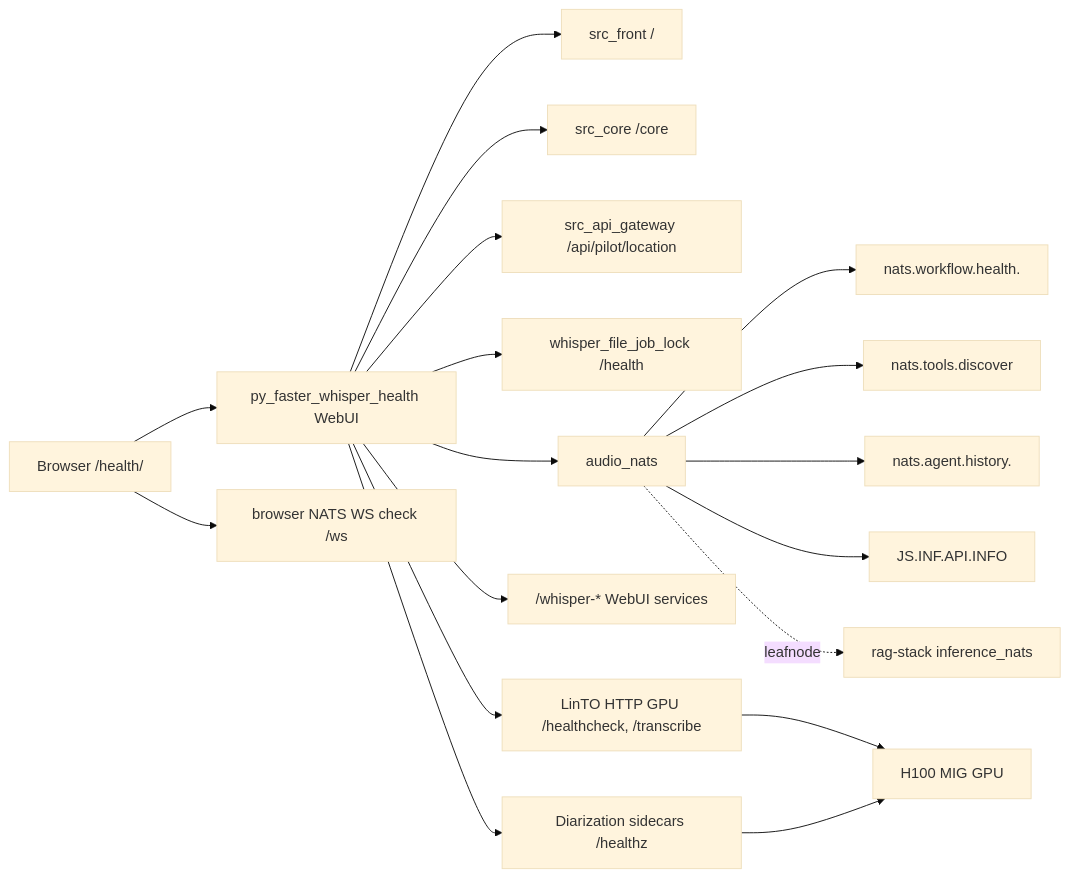
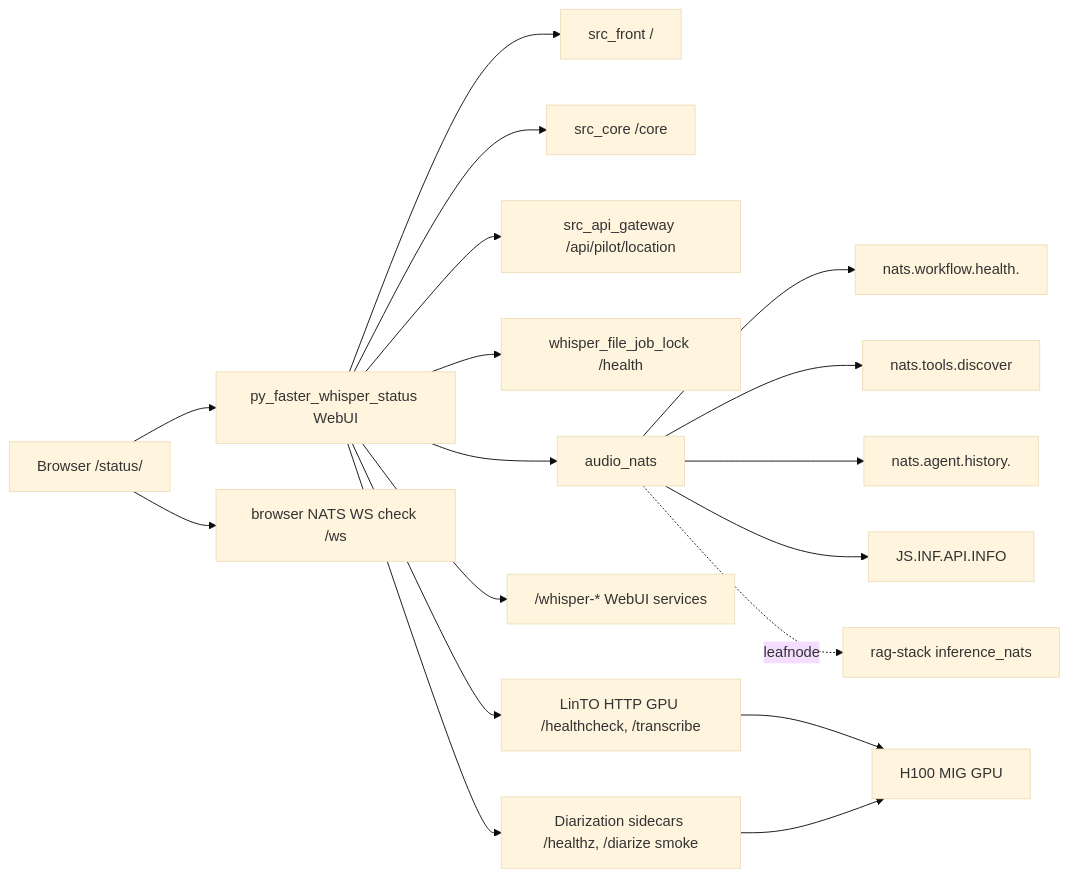
Before and after one commit to komaroffsergei/webrtc-komaroff: the first of 5 diagrams in DOCS/DIAGNOSTICS.md, drawn with Mermaid (base theme). The commit also changed other lines of this file and 6 other files, not shown here.

Commit message:
Route status diagnostics through whisper service

````diff
--- a/DOCS/DIAGNOSTICS.md
+++ b/DOCS/DIAGNOSTICS.md
@@ -61,24 +62,24 @@
 ```mermaid
 flowchart LR
-    Browser["Browser /health/"] --> HealthWeb["py_faster_whisper_health WebUI"]
+    Browser["Browser /status/"] --> HealthWeb["py_faster_whisper_status WebUI"]
     Browser --> BrowserWs["browser NATS WS check /ws"]
 
     HealthWeb --> Front["src_front /"]
     HealthWeb --> Core["src_core /core"]
     HealthWeb --> Api["src_api_gateway /api/pilot/location"]
     HealthWeb --> Lock["whisper_file_job_lock /health"]
 
     HealthWeb --> LocalNats["audio_nats"]
     LocalNats --> Workflow["nats.workflow.health.<active>"]
     LocalNats --> Tools["nats.tools.discover"]
     LocalNats --> History["nats.agent.history.<user>"]
     LocalNats --> JsInfo["JS.INF.API.INFO"]
 
     HealthWeb --> WhisperPages["/whisper-* WebUI services"]
     HealthWeb --> Linto["LinTO HTTP GPU /healthcheck, /transcribe"]
-    HealthWeb --> Diar["Diarization sidecars /healthz"]
+    HealthWeb --> Diar["Diarization sidecars /healthz, /diarize smoke"]
 
     LocalNats -. leafnode .-> InferenceNats["rag-stack inference_nats"]
     Linto --> H100["H100 MIG GPU"]
     Diar --> H100
 ```
````
